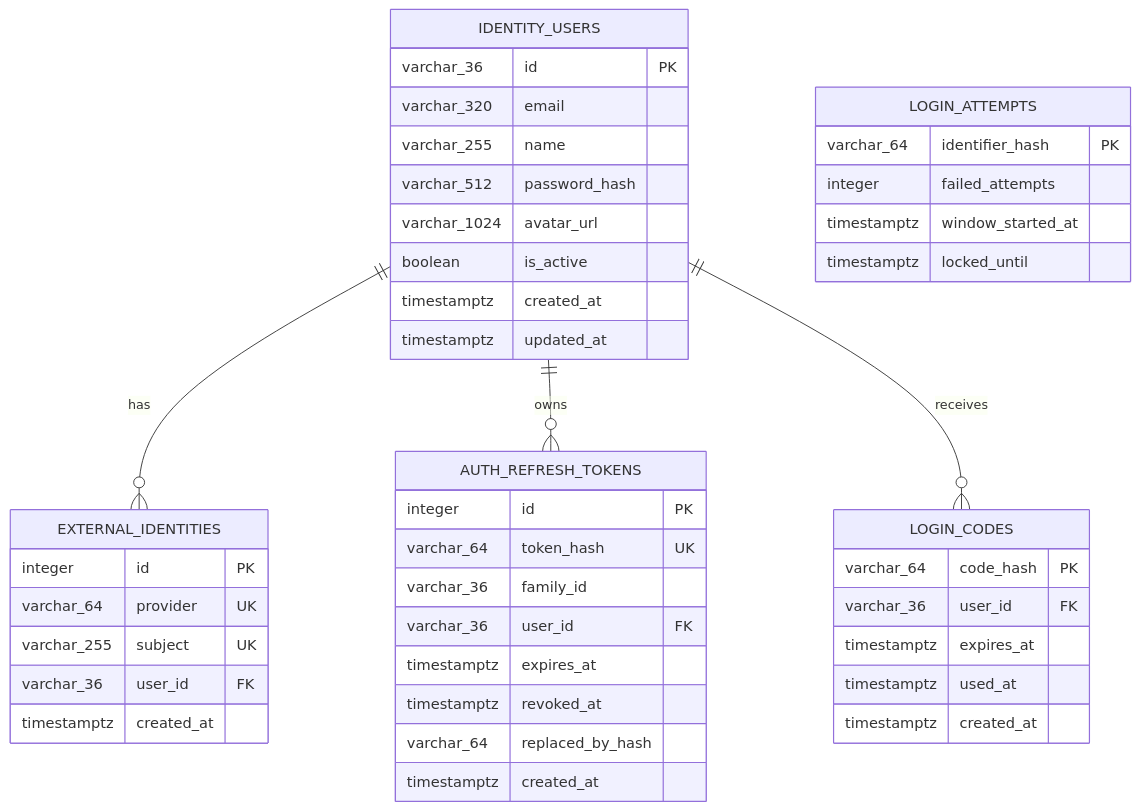
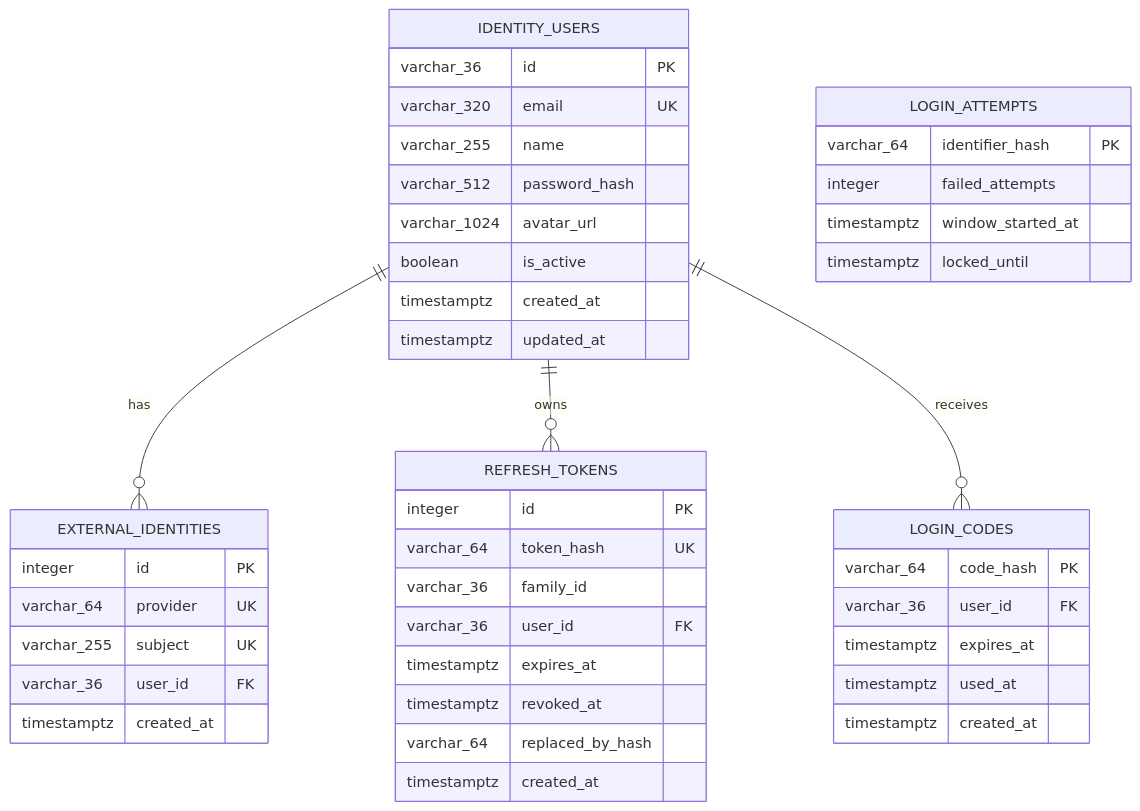
Before and after one commit to wangd606/commonplan-api: the first of 2 diagrams in docs/data-model/00-current-schema-map.md, drawn with Mermaid. The commit also changed other lines of this file and 4 other files, not shown here.

````diff
--- a/docs/data-model/00-current-schema-map.md
+++ b/docs/data-model/00-current-schema-map.md
@@ -17,47 +14,47 @@
 ```mermaid
 erDiagram
     IDENTITY_USERS ||--o{ EXTERNAL_IDENTITIES : has
-    IDENTITY_USERS ||--o{ AUTH_REFRESH_TOKENS : owns
+    IDENTITY_USERS ||--o{ REFRESH_TOKENS : owns
     IDENTITY_USERS ||--o{ LOGIN_CODES : receives
 
     IDENTITY_USERS {
         varchar_36 id PK
-        varchar_320 email
+        varchar_320 email UK
         varchar_255 name
         varchar_512 password_hash
         varchar_1024 avatar_url
         boolean is_active
         timestamptz created_at
         timestamptz updated_at
     }
     EXTERNAL_IDENTITIES {
         integer id PK
         varchar_64 provider UK
         varchar_255 subject UK
         varchar_36 user_id FK
         timestamptz created_at
     }
-    AUTH_REFRESH_TOKENS {
+    REFRESH_TOKENS {
         integer id PK
         varchar_64 token_hash UK
         varchar_36 family_id
         varchar_36 user_id FK
         timestamptz expires_at
         timestamptz revoked_at
         varchar_64 replaced_by_hash
         timestamptz created_at
     }
     LOGIN_ATTEMPTS {
         varchar_64 identifier_hash PK
         integer failed_attempts
         timestamptz window_started_at
         timestamptz locked_until
     }
     LOGIN_CODES {
         varchar_64 code_hash PK
         varchar_36 user_id FK
         timestamptz expires_at
         timestamptz used_at
         timestamptz created_at
     }
 ```
````
